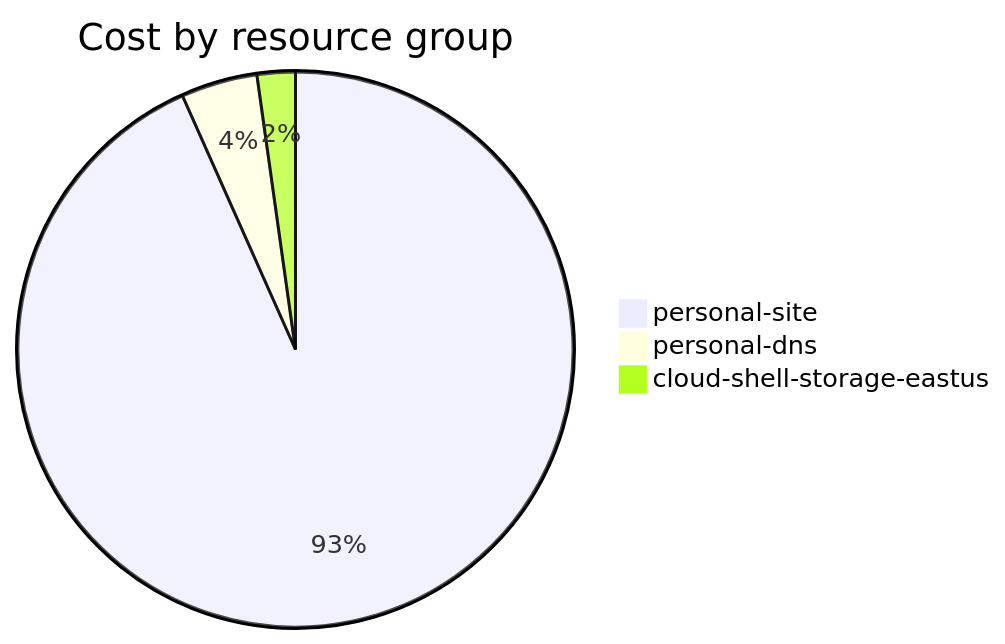
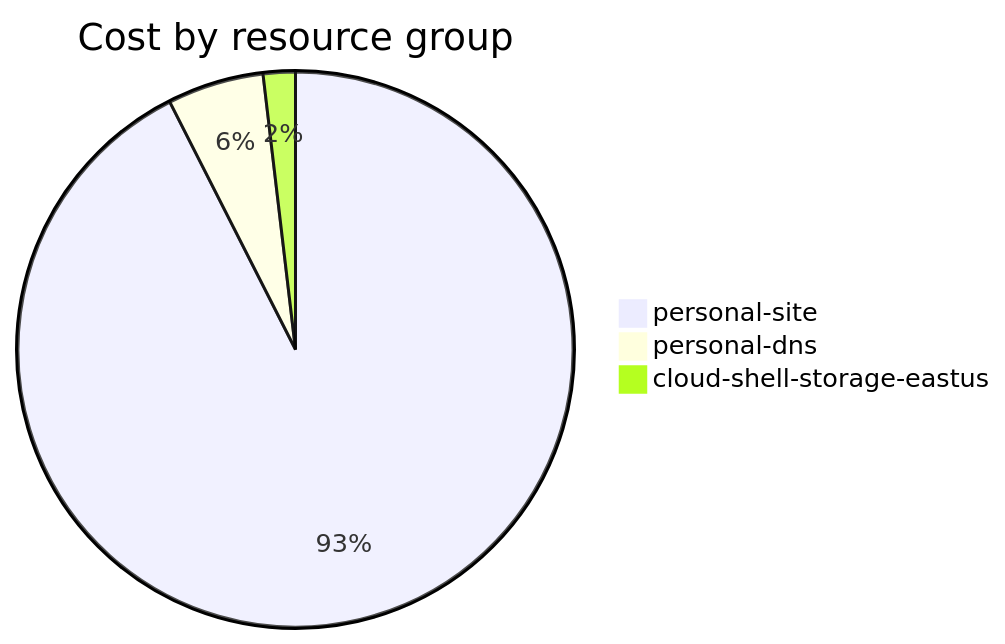
The fourth of 4 diagrams in cost-reports/accumulated-cost.md (jpfulton/azure-personal-reports), drawn with Mermaid before and after one commit. The commit also changed other lines of this file and 4 other files, not shown here.

````diff
--- a/cost-reports/accumulated-cost.md
+++ b/cost-reports/accumulated-cost.md
@@ -139,7 +143,7 @@
 ```mermaid
 pie
    title Cost by resource group
-   "personal-site" : 0.42
-   "personal-dns" : 0.02
-   "cloud-shell-storage-eastus" : 0.01
+   "personal-site" : 0.99
+   "personal-dns" : 0.06
+   "cloud-shell-storage-eastus" : 0.02
 ```
````
